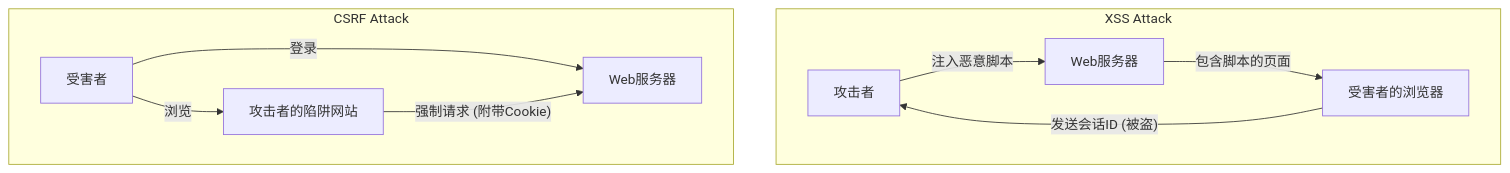
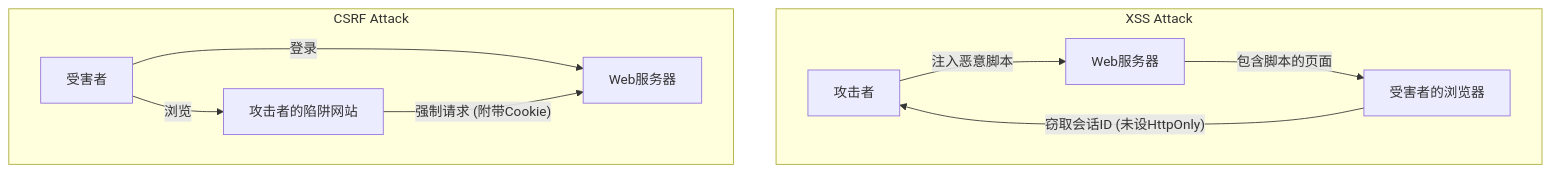
The diagram in content/post/cross-site-scripting-xss-csrf-security/index.zh-cn.md (kenjinote/blog), drawn with Mermaid before and after one commit. The commit also changed other lines of this file and 28 other files, not shown here.

````diff
--- a/content/post/cross-site-scripting-xss-csrf-security/index.zh-cn.md
+++ b/content/post/cross-site-scripting-xss-csrf-security/index.zh-cn.md
@@ -134,14 +137,14 @@
 ```mermaid
 graph TD
     subgraph XSS Attack
         A["攻击者"] -- "注入恶意脚本" --> B["Web服务器"]
         B -- "包含脚本的页面" --> C["受害者的浏览器"]
-        C -- "发送会话ID (被盗)" --> A
+        C -- "窃取会话ID (未设HttpOnly)" --> A
     end
 
     subgraph CSRF Attack
         D["受害者"] -- "登录" --> E["Web服务器"]
         D -- "浏览" --> F["攻击者的陷阱网站"]
         F -- "强制请求 (附带Cookie)" --> E
     end
 ```
````
